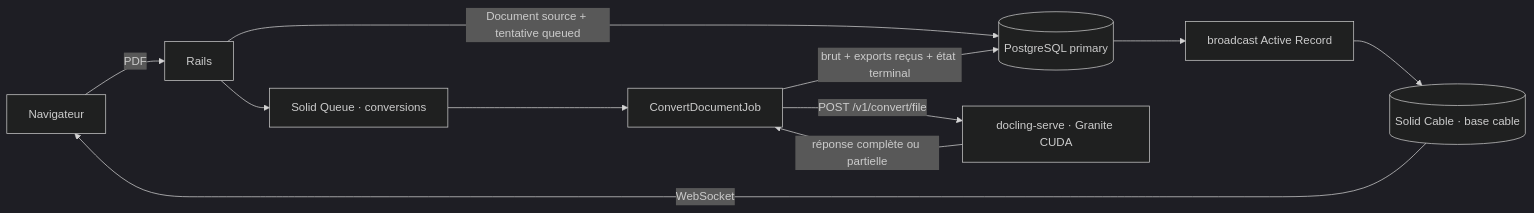
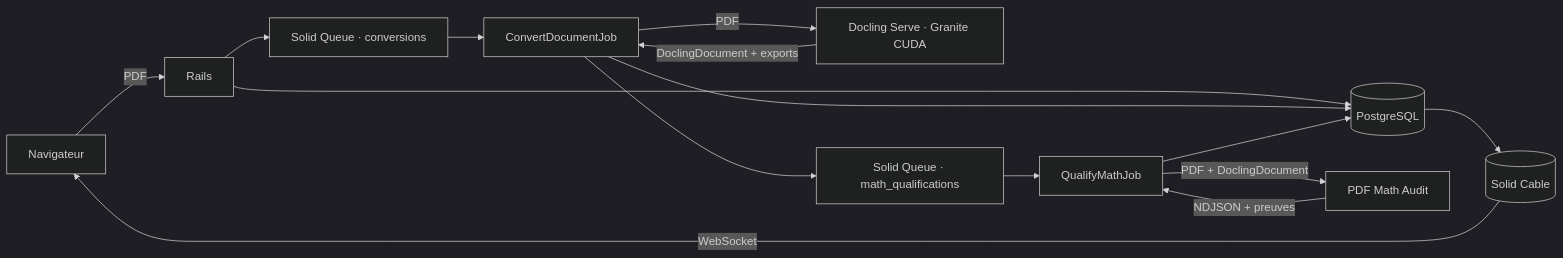
One commit to toba75/chatbot_trading changed the diagram in PROCESS.md. Above: the diagram before and after it, drawn with Mermaid (dark theme). The commit also changed other lines of this file and 93 other files, not shown here.

````diff
--- a/PROCESS.md
+++ b/PROCESS.md
@@ -6,13 +6,17 @@
 ```mermaid
 flowchart LR
     U["Navigateur"] -->|"PDF"| R["Rails"]
-    R -->|"Document source + tentative queued"| P[("PostgreSQL primary")]
-    R --> Q["Solid Queue · conversions"]
-    Q --> J["ConvertDocumentJob"]
-    J -->|"POST /v1/convert/file"| D["docling-serve · Granite CUDA"]
-    D -->|"réponse complète ou partielle"| J
-    J -->|"brut + exports reçus + état terminal"| P
-    P --> B["broadcast Active Record"]
-    B --> C[("Solid Cable · base cable")]
-    C -->|"WebSocket"| U
+    R --> P[("PostgreSQL")]
+    R --> CQ["Solid Queue · conversions"]
+    CQ --> C["ConvertDocumentJob"]
+    C -->|"PDF"| D["Docling Serve · Granite CUDA"]
+    D -->|"DoclingDocument + exports"| C
+    C --> P
+    C --> MQ["Solid Queue · math_qualifications"]
+    MQ --> M["QualifyMathJob"]
+    M -->|"PDF + DoclingDocument"| A["PDF Math Audit"]
+    A -->|"NDJSON + preuves"| M
+    M --> P
+    P --> SC[("Solid Cable")]
+    SC -->|"WebSocket"| U
 ```
````
